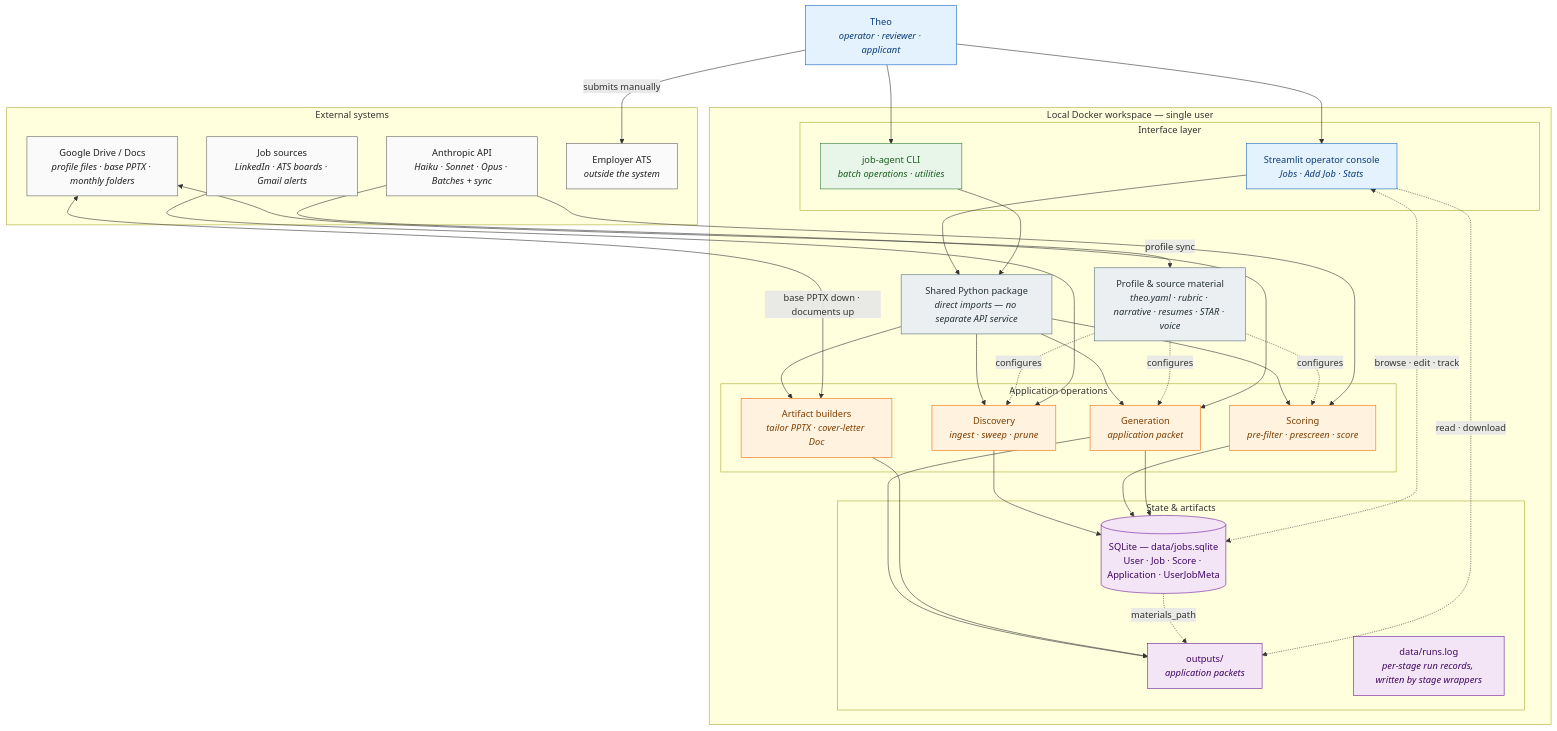
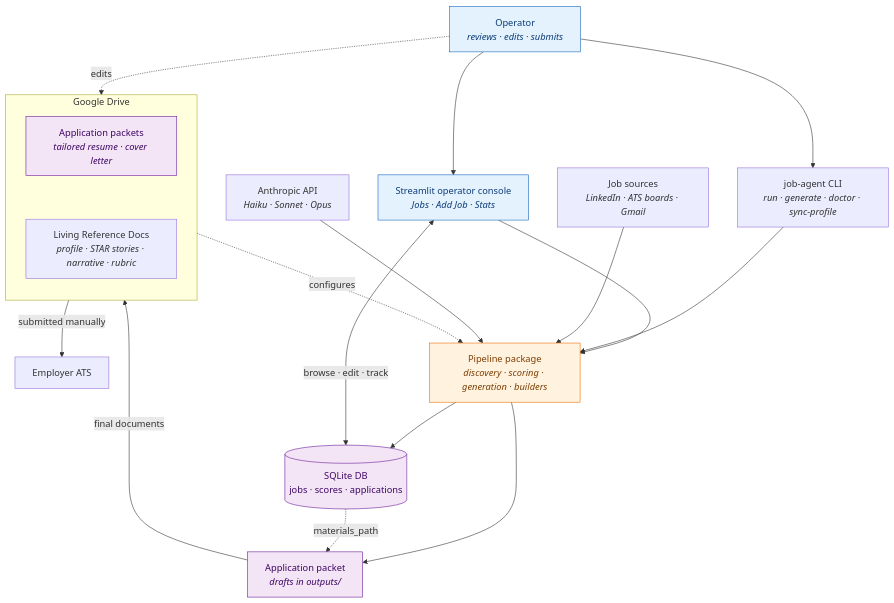
Before and after one commit to theokelly/job-search-pipeline: the diagram in architecture.mmd, drawn with Mermaid. The commit also changed 3 other files, not shown here.

Commit message:
docs: restyle diagrams — funnel back to original layout; architecture rebuilt around Drive

```diff
--- a/architecture.mmd
+++ b/architecture.mmd
@@ -1,77 +1,44 @@
-flowchart TB
-    THEO["Theo<br/><i>operator · reviewer · applicant</i>"]
+flowchart TD
+    OP["Operator<br/><i>reviews · edits · submits</i>"]
 
-    subgraph EXT[External systems]
-        DRV["Google Drive / Docs<br/><i>profile files · base PPTX · monthly folders</i>"]
-        SRC["Job sources<br/><i>LinkedIn · ATS boards · Gmail alerts</i>"]
-        ANT["Anthropic API<br/><i>Haiku · Sonnet · Opus · Batches + sync</i>"]
-        EMP["Employer ATS<br/><i>outside the system</i>"]
+    subgraph DRV[Google Drive]
+        direction TB
+        APP["Application packets<br/><i>tailored resume · cover letter</i>"]
+        REF["Living Reference Docs<br/><i>profile · STAR stories · narrative · rubric</i>"]
+        APP ~~~ REF
     end
 
-    subgraph SYS[Local Docker workspace — single user]
-        subgraph IFACE[Interface layer]
-            UI["Streamlit operator console<br/><i>Jobs · Add Job · Stats</i>"]
-            CLI["job-agent CLI<br/><i>batch operations · utilities</i>"]
-        end
+    EMP["Employer ATS"]
+    OP -.->|edits| APP
+    APP -->|submitted manually| EMP
 
-        CODE["Shared Python package<br/><i>direct imports — no separate API service</i>"]
+    UI["Streamlit operator console<br/><i>Jobs · Add Job · Stats</i>"]
+    CLI["job-agent CLI<br/><i>run · generate · doctor · sync-profile</i>"]
+    OP --> UI
+    OP --> CLI
 
-        subgraph OPS[Application operations]
-            BUILD["Artifact builders<br/><i>tailor PPTX · cover-letter Doc</i>"]
-            DISC["Discovery<br/><i>ingest · sweep · prune</i>"]
-            SCORE["Scoring<br/><i>pre-filter · prescreen · score</i>"]
-            GEN["Generation<br/><i>application packet</i>"]
-        end
+    PIPE["Pipeline package<br/><i>discovery · scoring · generation · builders</i>"]
+    UI --> PIPE
+    CLI --> PIPE
 
-        PROF["Profile &amp; source material<br/><i>theo.yaml · rubric · narrative · resumes · STAR · voice</i>"]
+    SRC["Job sources<br/><i>LinkedIn · ATS boards · Gmail</i>"]
+    ANT["Anthropic API<br/><i>Haiku · Sonnet · Opus</i>"]
+    SRC --> PIPE
+    ANT --> PIPE
+    REF -.->|configures| PIPE
 
-        subgraph STATE[State &amp; artifacts]
-            DB[("SQLite — data/jobs.sqlite<br/>User · Job · Score · Application · UserJobMeta")]
-            OUT["outputs/<br/><i>application packets</i>"]
-            LOG["data/runs.log<br/><i>per-stage run records, written by stage wrappers</i>"]
-        end
-    end
+    DB[("SQLite DB<br/>jobs · scores · applications")]
+    OUT["Application packet<br/><i>drafts in outputs/</i>"]
+    PIPE --> DB
+    PIPE --> OUT
+    DB -.->|materials_path| OUT
+    UI <-->|browse · edit · track| DB
+    OUT -->|final documents| APP
 
-    THEO --> UI
-    THEO --> CLI
-    THEO -->|submits manually| EMP
-    UI --> CODE
-    CLI --> CODE
-    CODE --> DISC
-    CODE --> SCORE
-    CODE --> GEN
-    CODE --> BUILD
+    classDef mid fill:#fff3e0,stroke:#ef6c00,color:#7f3e00;
+    classDef human fill:#e3f2fd,stroke:#1565c0,color:#0d3c78;
+    classDef store fill:#f3e5f5,stroke:#6a1b9a,color:#3e0764;
 
-    PROF -.->|configures| DISC
-    PROF -.->|configures| SCORE
-    PROF -.->|configures| GEN
-
-    SRC --> DISC
-    ANT --> SCORE
-    ANT --> GEN
-    DRV <-->|profile sync| PROF
-    DRV <-->|base PPTX down · documents up| BUILD
-
-    DISC --> DB
-    SCORE --> DB
-    GEN --> DB
-    GEN --> OUT
-    BUILD --> OUT
-    DB -.->|materials_path| OUT
-
-    UI <-.->|browse · edit · track| DB
-    UI -.->|read · download| OUT
-
-    classDef human fill:#e3f2fd,stroke:#1565c0,color:#0d3c78;
-    classDef iface fill:#e8f5e9,stroke:#2e7d32,color:#1b5e20;
-    classDef ops fill:#fff3e0,stroke:#ef6c00,color:#7f3e00;
-    classDef store fill:#f3e5f5,stroke:#6a1b9a,color:#3e0764;
-    classDef ctrl fill:#eceff1,stroke:#546e7a,color:#263238;
-    classDef ext fill:#fafafa,stroke:#616161,color:#212121;
-
-    class THEO,UI human;
-    class CLI iface;
-    class DISC,SCORE,GEN,BUILD ops;
-    class DB,OUT,LOG store;
-    class PROF,CODE ctrl;
-    class SRC,ANT,DRV,EMP ext;
+    class PIPE mid;
+    class OP,UI human;
+    class DB,OUT,APP store;
```
